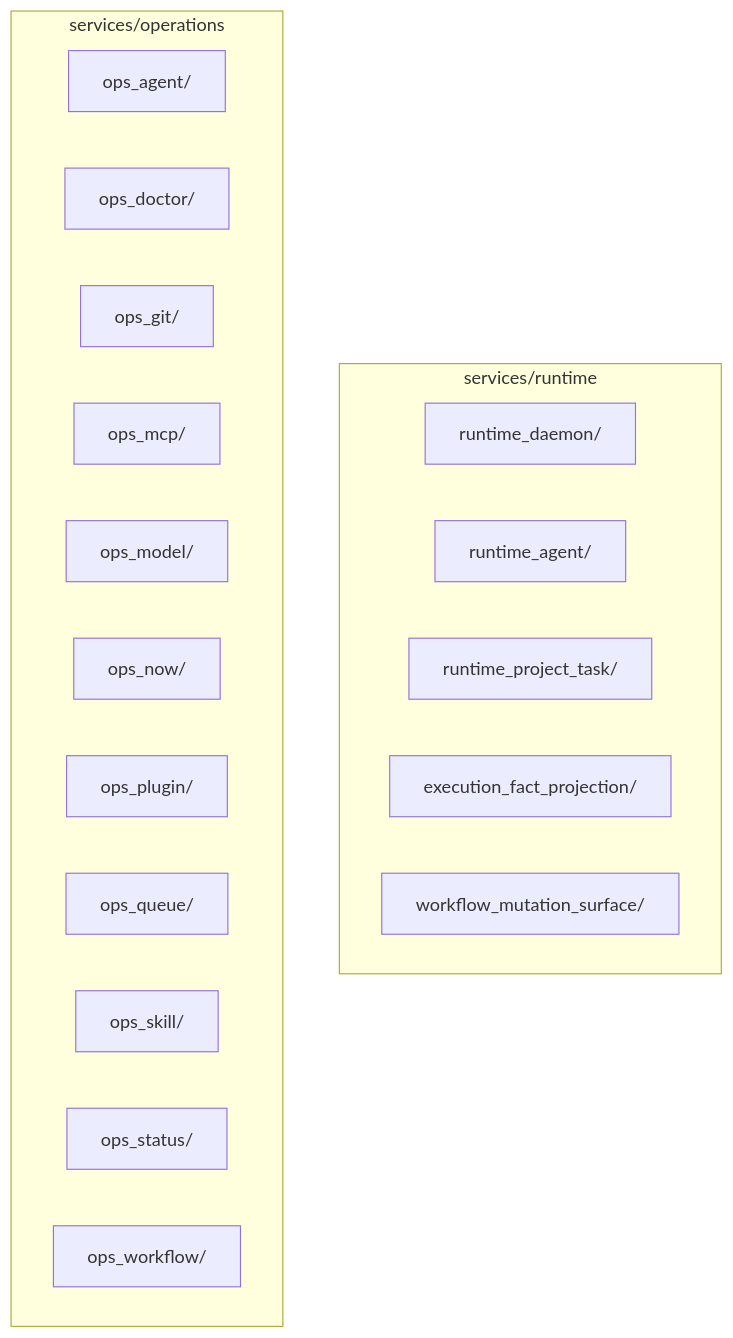
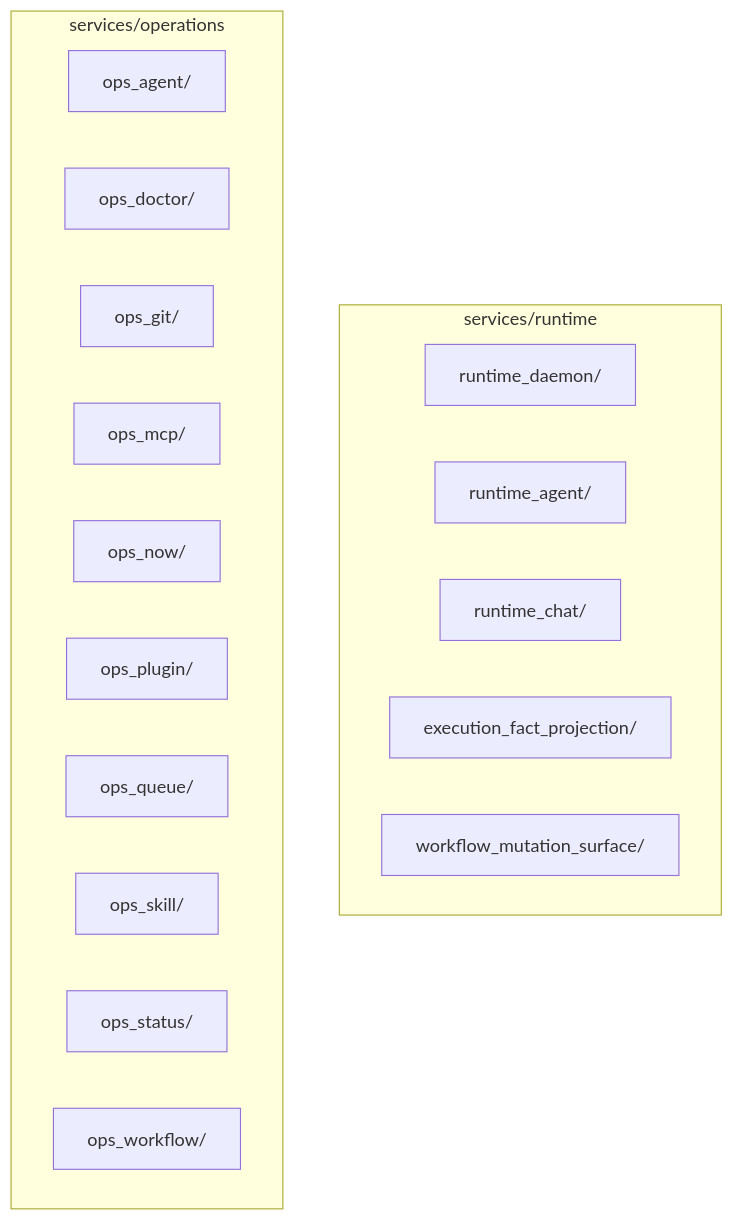
Before and after one commit to launchapp-dev/animus-cli: the second of 2 diagrams in crates/orchestrator-cli/README.md, drawn with Mermaid. The commit also changed other lines of this file, not shown here.

````diff
--- a/crates/orchestrator-cli/README.md
+++ b/crates/orchestrator-cli/README.md
@@ -64,24 +71,23 @@
 ```mermaid
 graph TD
     subgraph "services/runtime"
         RDAEMON["runtime_daemon/"]
         RAGENT["runtime_agent/"]
-        RPROJECT["runtime_project_task/"]
+        RCHAT["runtime_chat/"]
         RFACTS["execution_fact_projection/"]
         RMUT["workflow_mutation_surface/"]
     end
 
     subgraph "services/operations"
         OAGENT["ops_agent/"]
         ODOCTOR["ops_doctor/"]
         OGIT["ops_git/"]
         OMCP["ops_mcp/"]
-        OMODEL["ops_model/"]
         ONOW["ops_now/"]
         OPLUGIN["ops_plugin/"]
         OQUEUE["ops_queue/"]
         OSKILL["ops_skill/"]
         OSTATUS["ops_status/"]
         OWORKFLOW["ops_workflow/"]
     end
 ```
````
